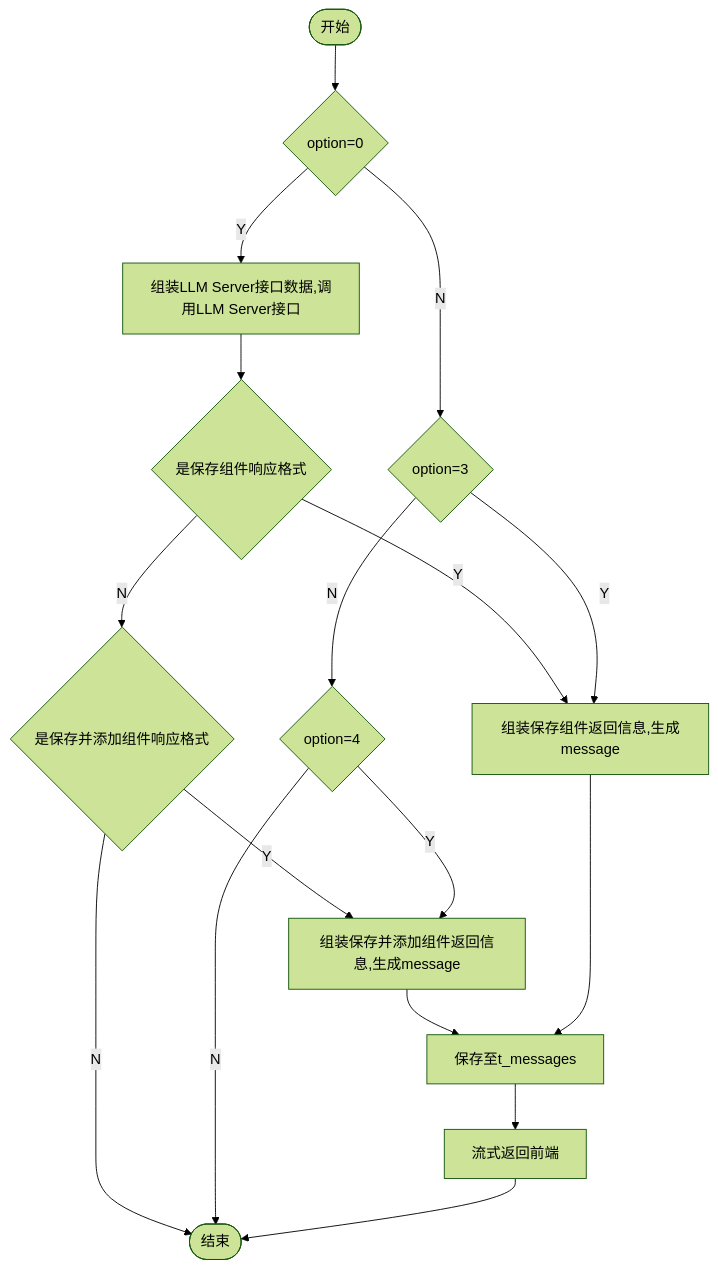
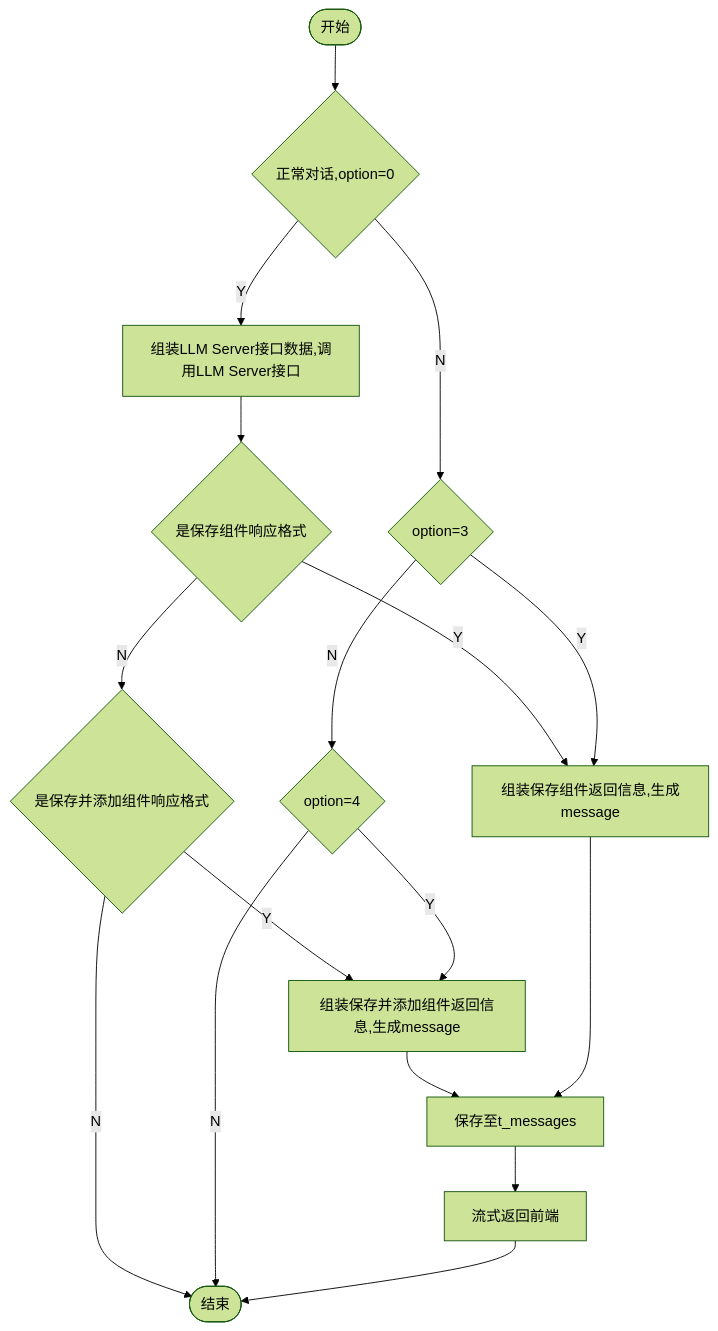
Before and after one commit to yingjianzh/iodraw-files: the diagram in all/添加保存组件.md, drawn with Mermaid (forest theme).

Commit message:
2024-10-14 13:35:48 update

````diff
--- a/all/添加保存组件.md
+++ b/all/添加保存组件.md
@@ -1,19 +1,19 @@
 ```mermaid
 flowchart TD
-    A([开始]) --> B{option=0}
+    A([开始]) --> B{正常对话,option=0}
     B -- Y --> C[组装LLM Server接口数据,调用LLM Server接口]
     B -- N --> D{option=3}
     C --> E{是保存组件响应格式}
     E -- Y --> F[组装保存组件返回信息,生成message]
     E -- N --> L{是保存并添加组件响应格式}
     L -- Y --> K
     L -- N --> I
     D -- Y --> F
     D -- N --> J{option=4}
     J -- Y --> K[组装保存并添加组件返回信息,生成message]
     K --> G
     J -- N --> I
     F --> G[保存至t_messages]
     G --> H[流式返回前端]
     H --> I([结束])
 ```
````
